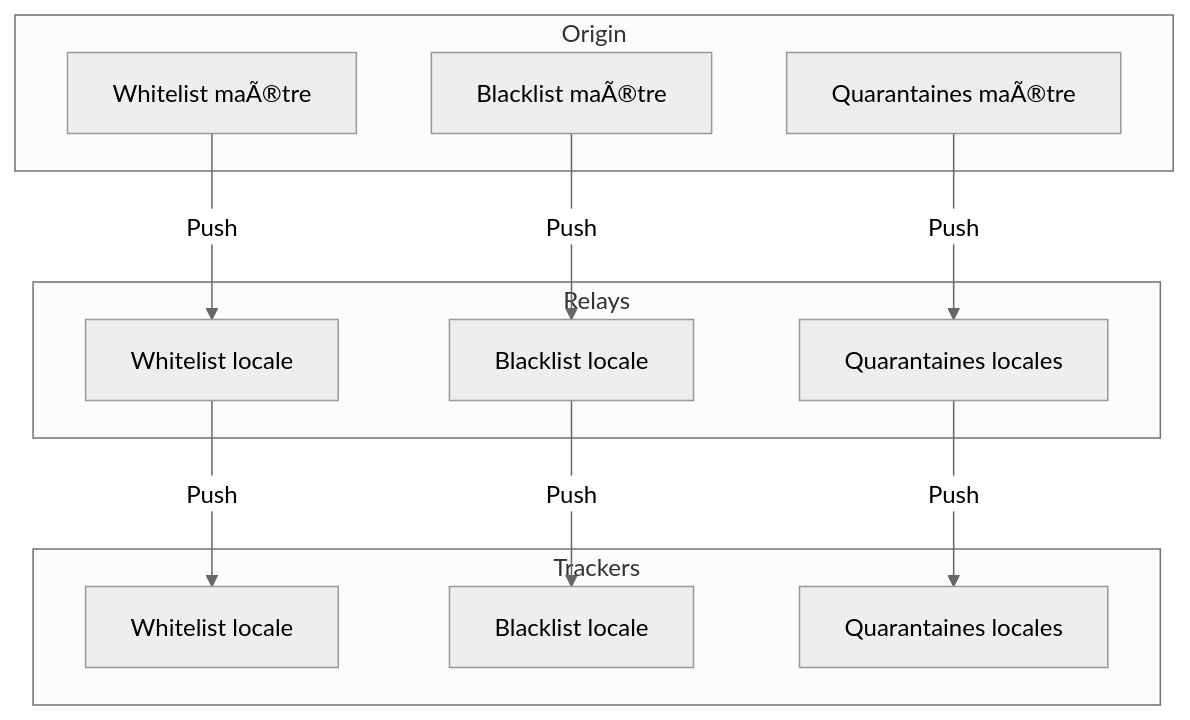
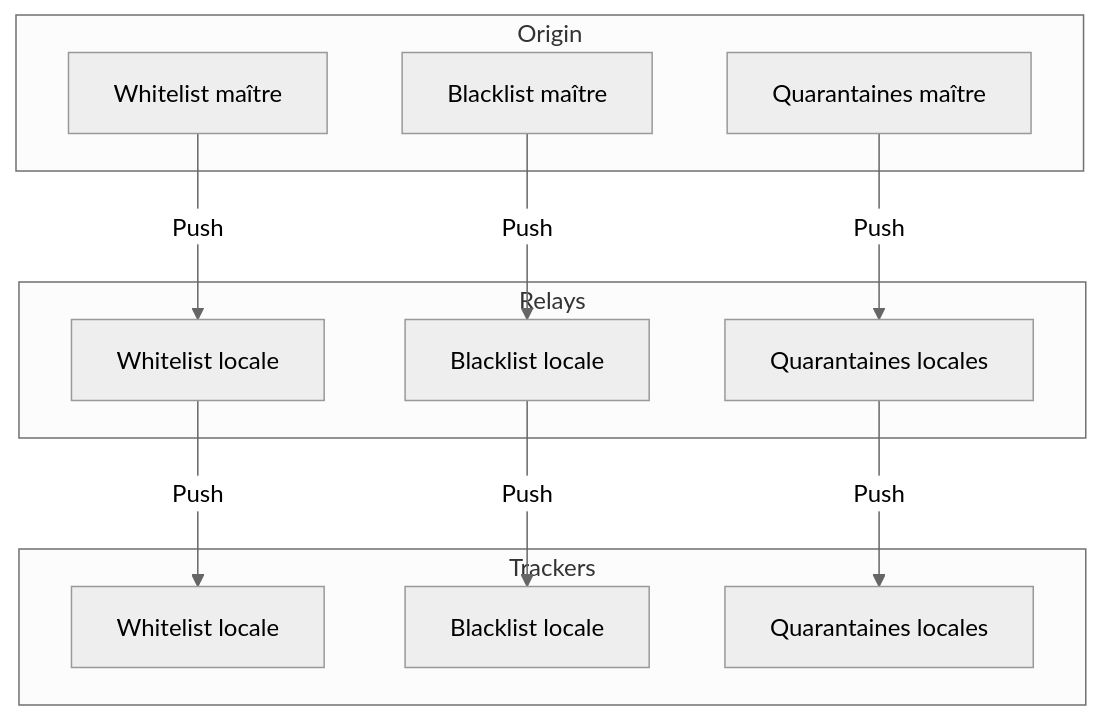
The fifth of 5 diagrams in docs/miyukini-webway-system/securite/MWS - Quarantaine et Blacklist.md (StudioMiyukini/miyukini_cog), drawn with Mermaid (neutral theme) before and after one commit. The commit also changed other lines of this file and 564 other files, not shown here.

````diff
--- a/docs/miyukini-webway-system/securite/MWS - Quarantaine et Blacklist.md
+++ b/docs/miyukini-webway-system/securite/MWS - Quarantaine et Blacklist.md
@@ -297,28 +297,28 @@
 ```mermaid
 flowchart TB
     subgraph Origin["Origin"]
-        OW[Whitelist maÃ®tre]
-        OB[Blacklist maÃ®tre]
-        OQ[Quarantaines maÃ®tre]
+        OW[Whitelist maître]
+        OB[Blacklist maître]
+        OQ[Quarantaines maître]
     end
 
     subgraph Relays["Relays"]
         RW1[Whitelist locale]
         RB1[Blacklist locale]
         RQ1[Quarantaines locales]
     end
 
     subgraph Trackers["Trackers"]
         TW1[Whitelist locale]
         TB1[Blacklist locale]
         TQ1[Quarantaines locales]
     end
 
     OW -->|Push| RW1
     OB -->|Push| RB1
     OQ -->|Push| RQ1
 
     RW1 -->|Push| TW1
     RB1 -->|Push| TB1
     RQ1 -->|Push| TQ1
 ```
````
